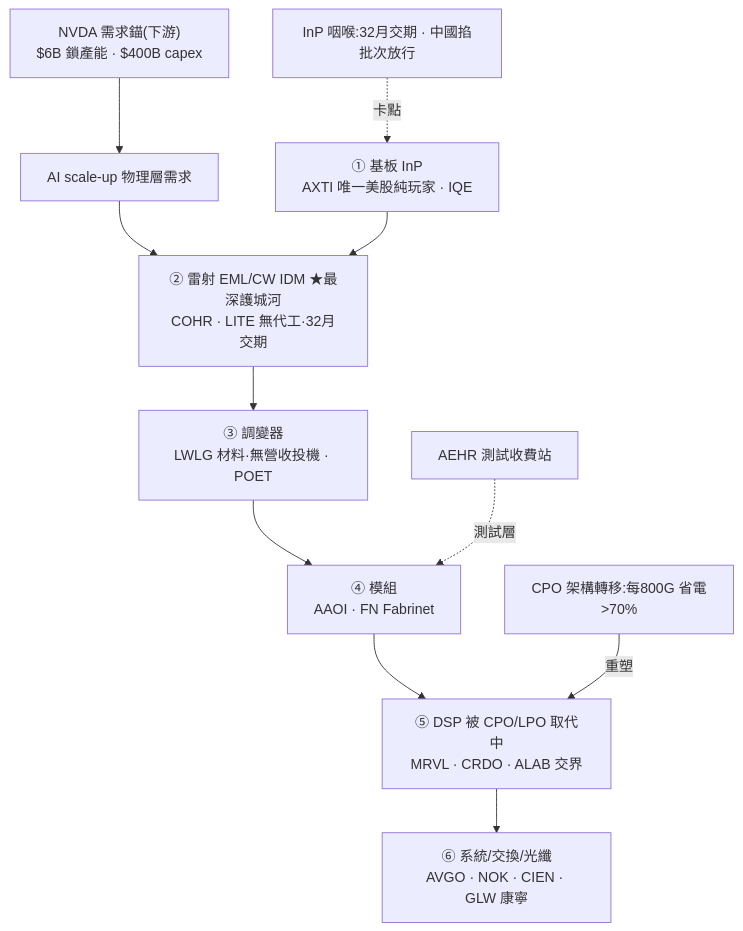
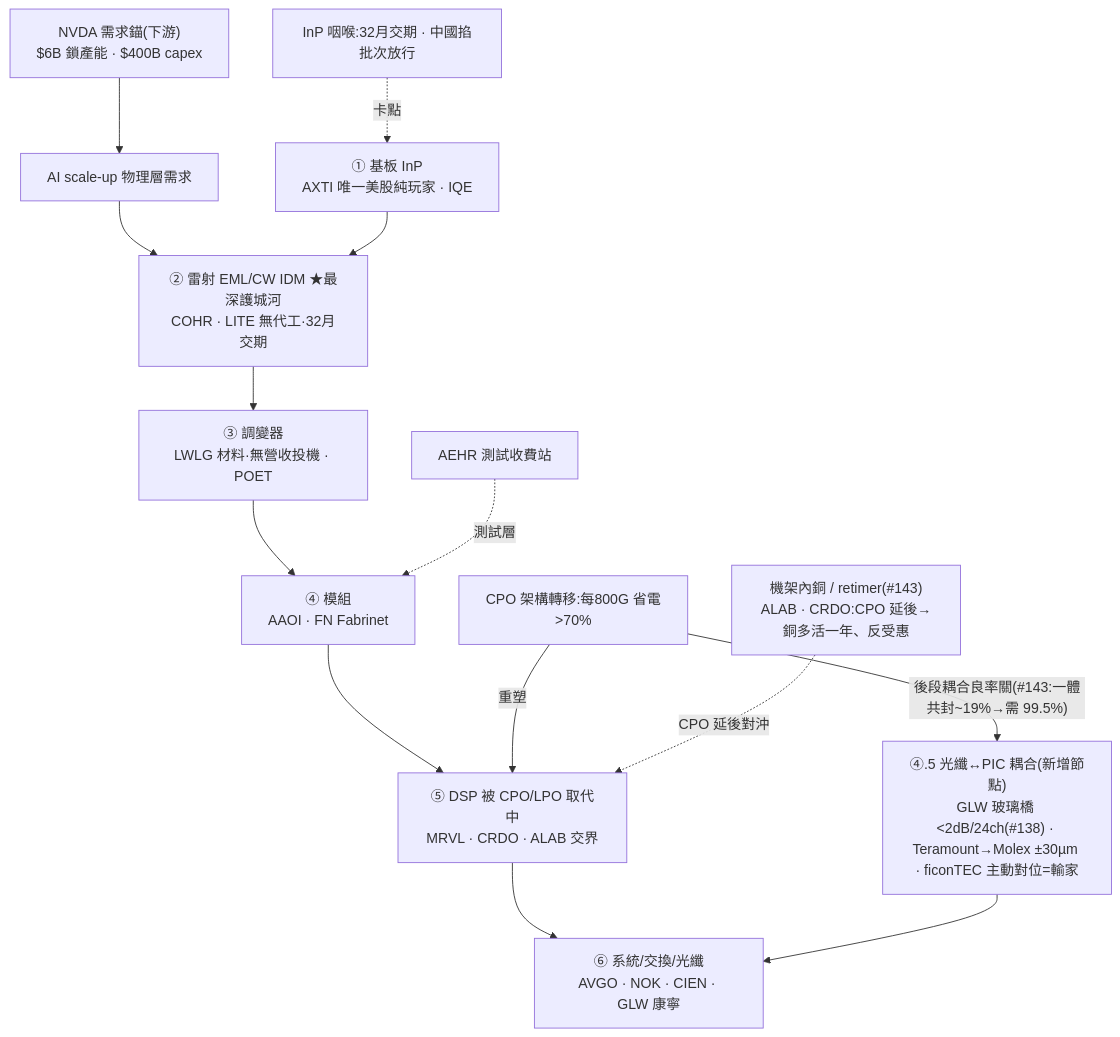
One commit to kkhcheng88/Karst changed the diagram in thesis/wiki/photonics-optical.md. Above: the diagram before and after it, drawn with Mermaid. The commit also changed other lines of this file and 5 other files, not shown here.

````diff
--- a/thesis/wiki/photonics-optical.md
+++ b/thesis/wiki/photonics-optical.md
@@ -28,14 +28,17 @@
 ```mermaid
 flowchart TD
   NVDA["NVDA 需求錨(下游)<br/>$6B 鎖產能 · $400B capex"] --> DEM["AI scale-up 物理層需求"]
   DEM --> L2
   L1["① 基板 InP<br/>AXTI 唯一美股純玩家 · IQE"] --> L2
   L2["② 雷射 EML/CW IDM ★最深護城河<br/>COHR · LITE 無代工·32月交期"] --> L3
   L3["③ 調變器<br/>LWLG 材料·無營收投機 · POET"] --> L4
   L4["④ 模組<br/>AAOI · FN Fabrinet"] --> L5
   L5["⑤ DSP 被 CPO/LPO 取代中<br/>MRVL · CRDO · ALAB 交界"] --> L6
   L6["⑥ 系統/交換/光纖<br/>AVGO · NOK · CIEN · GLW 康寧"]
   INP["InP 咽喉:32月交期 · 中國掐批次放行"] -.->|"卡點"| L1
   CPO["CPO 架構轉移:每800G 省電>70%"] -->|"重塑"| L5
+  CPO -->|"後段耦合良率關(#143:一體共封~19%→需 99.5%)"| COUP
+  COUP["④.5 光纖↔PIC 耦合(新增節點)<br/>GLW 玻璃橋 &lt;2dB/24ch(#138) · Teramount→Molex ±30µm · ficonTEC 主動對位=輸家"] --> L6
+  ALAB["機架內銅 / retimer(#143)<br/>ALAB · CRDO:CPO 延後→銅多活一年、反受惠"] -.->|"CPO 延後對沖"| L5
   AEHR["AEHR 測試收費站"] -.->|"測試層"| L4
 ```
````
